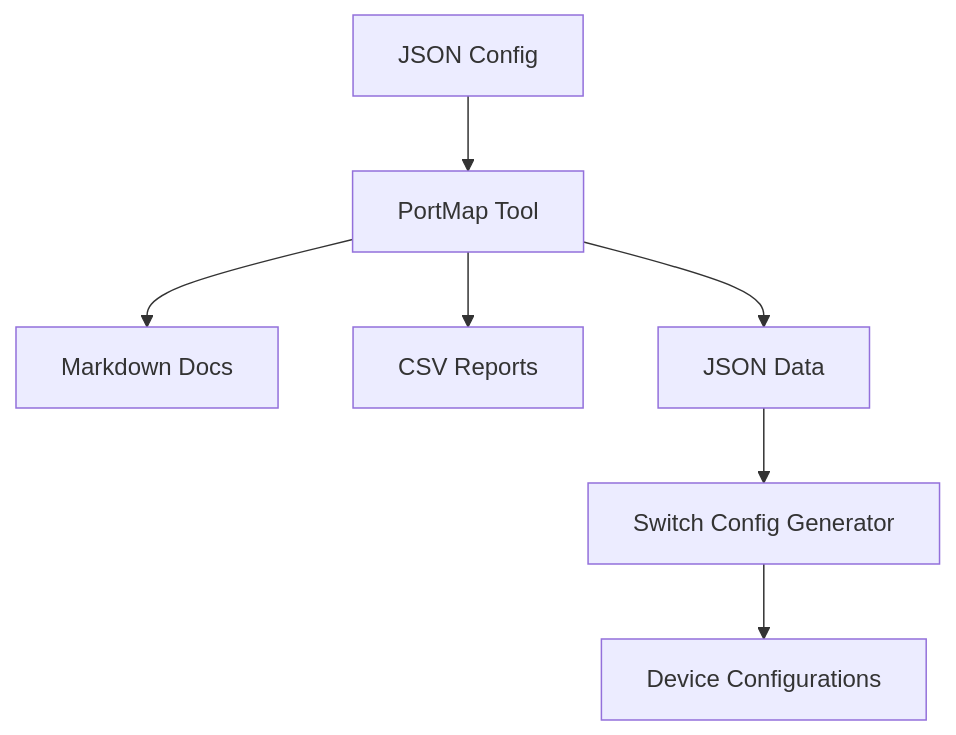
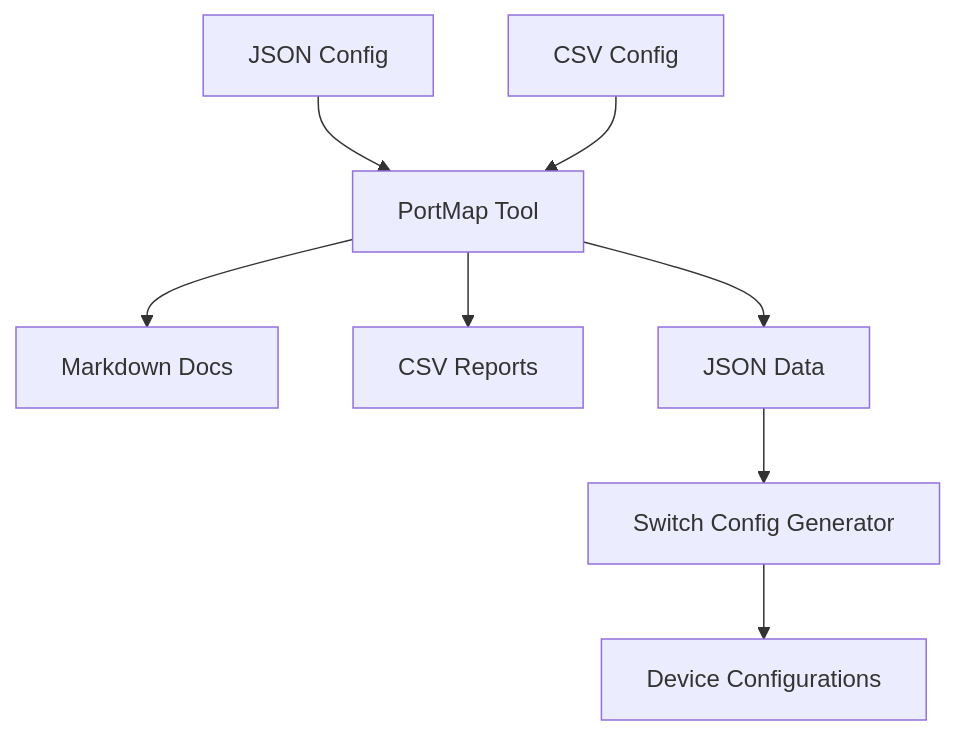
The diagram in tools/PortMap/README.MD (microsoft/AzureStack_Network_Switch_Config_Generator), drawn with Mermaid before and after one commit. The commit also changed other lines of this file and 1 other file, not shown here.

Commit message:
Restructure README with Quick Start section and CSV input documentation

````diff
--- a/tools/PortMap/README.MD
+++ b/tools/PortMap/README.MD
@@ -840,9 +1024,10 @@
 ```mermaid
 graph TD
     A[JSON Config] --> B[PortMap Tool]
+    A2[CSV Config] --> B
     B --> C[Markdown Docs]
     B --> D[CSV Reports]
     B --> E[JSON Data]
     E --> F[Switch Config Generator]
     F --> G[Device Configurations]
 ```
````
